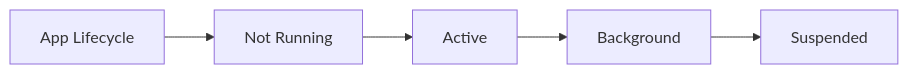
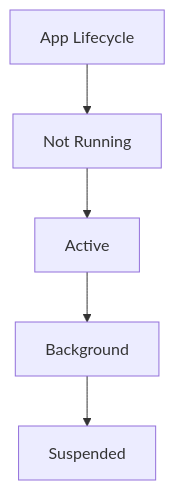
One commit to zyrass/omnydocs changed the third of 45 diagrams in docs/glossaire/developpement-mobile.md. Above: the diagram before and after it, drawn with Mermaid. The commit also changed other lines of this file and 959 other files, not shown here.

````diff
--- a/docs/glossaire/developpement-mobile.md
+++ b/docs/glossaire/developpement-mobile.md
@@ -79,7 +88,7 @@
-    ```mermaid
-    graph LR
-        A[App Lifecycle] --> B[Not Running]
-        B --> C[Active]
-        C --> D[Background]
-        D --> E[Suspended]
-    ```
+```mermaid
+flowchart TB
+    A[App Lifecycle] --> B[Not Running]
+    B --> C[Active]
+    C --> D[Background]
+    D --> E[Suspended]
+```
````
